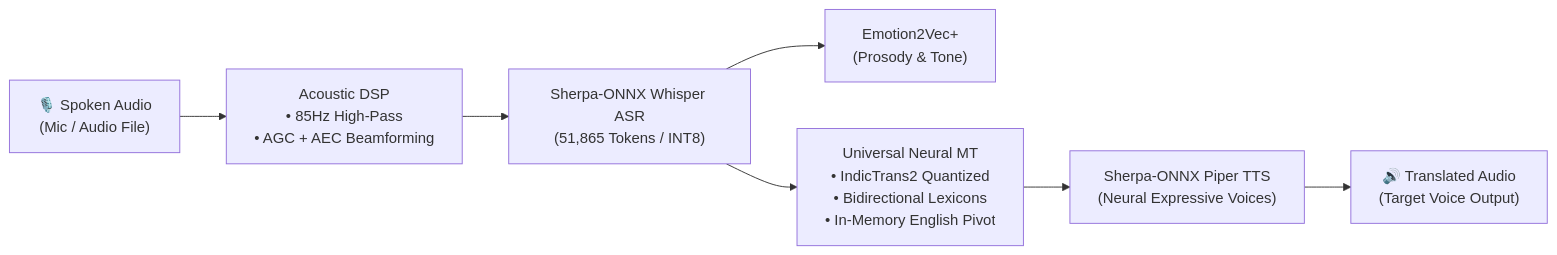
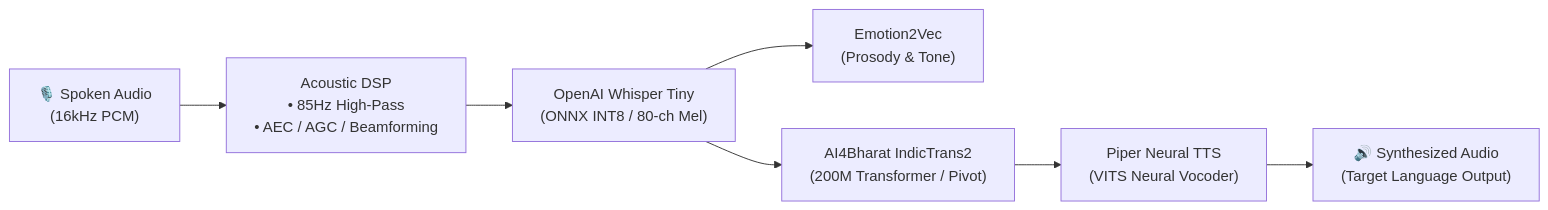
One commit to Hpsctrl/offline-ai-translator changed the diagram in README.md. Above: the diagram before and after it, drawn with Mermaid. The commit also changed other lines of this file, not shown here.

Commit message:
docs: modernize and professionalize README with clean architecture, benchmarks, and getting started guide

````diff
--- a/README.md
+++ b/README.md
@@ -48,9 +28,9 @@
 ```mermaid
 flowchart LR
-    A["🎙️ Spoken Audio\n(Mic / Audio File)"] --> B["Acoustic DSP\n• 85Hz High-Pass\n• AGC + AEC Beamforming"]
-    B --> C["Sherpa-ONNX Whisper ASR\n(51,865 Tokens / INT8)"]
-    C --> D["Emotion2Vec+\n(Prosody & Tone)"]
-    C --> E["Universal Neural MT\n• IndicTrans2 Quantized\n• Bidirectional Lexicons\n• In-Memory English Pivot"]
-    E --> F["Sherpa-ONNX Piper TTS\n(Neural Expressive Voices)"]
-    F --> G["🔊 Translated Audio\n(Target Voice Output)"]
+    A["🎙️ Spoken Audio\n(16kHz PCM)"] --> B["Acoustic DSP\n• 85Hz High-Pass\n• AEC / AGC / Beamforming"]
+    B --> C["OpenAI Whisper Tiny\n(ONNX INT8 / 80-ch Mel)"]
+    C --> D["Emotion2Vec\n(Prosody & Tone)"]
+    C --> E["AI4Bharat IndicTrans2\n(200M Transformer / Pivot)"]
+    E --> F["Piper Neural TTS\n(VITS Neural Vocoder)"]
+    F --> G["🔊 Synthesized Audio\n(Target Language Output)"]
 ```
````
